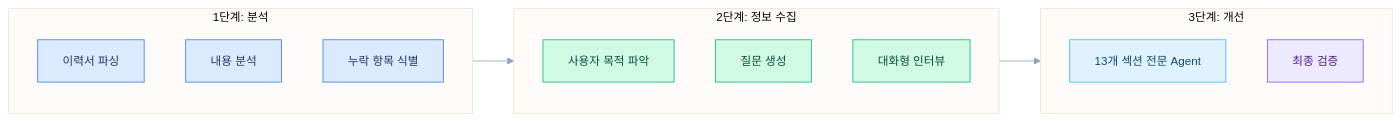
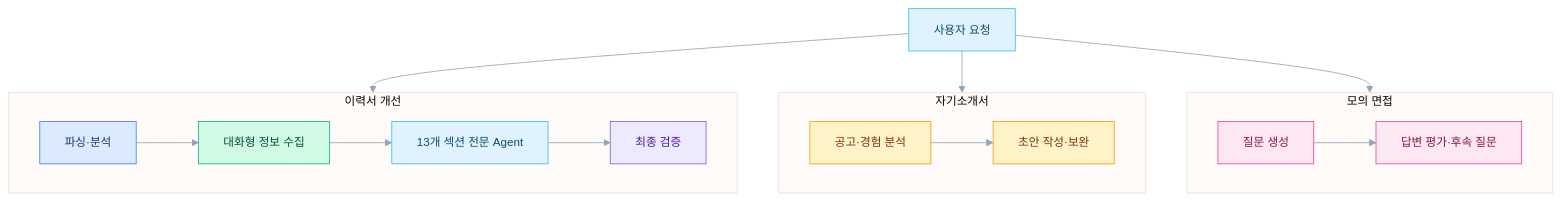
One commit to samhyun/samhyun.github.io changed the second of 2 diagrams in src/content/projects/personal-resume-automation.md. Above: the diagram before and after it, drawn with Mermaid. The commit also changed other lines of this file and 20 other files, not shown here.

````diff
--- a/src/content/projects/personal-resume-automation.md
+++ b/src/content/projects/personal-resume-automation.md
@@ -56,40 +56,40 @@
 ```mermaid
 ---
 config:
   theme: base
   themeVariables:
     primaryColor: "#e0f2fe"
     primaryTextColor: "#0c4a6e"
     primaryBorderColor: "#38bdf8"
     lineColor: "#94a3b8"
     fontSize: "14px"
 ---
-flowchart LR
-    subgraph 분석["1단계: 분석"]
-        Parser["이력서 파싱"]
-        Analyzer["내용 분석"]
-        Checker["누락 항목 식별"]
+flowchart TD
+    Entry["사용자 요청"]
+
+    subgraph Resume["이력서 개선"]
+        Parser["파싱·분석"] --> Interview["대화형 정보 수집"]
+        Interview --> Sections["13개 섹션 전문 Agent"] --> Validator["최종 검증"]
     end
 
-    subgraph 수집["2단계: 정보 수집"]
-        Intent["사용자 목적 파악"]
-        QGen["질문 생성"]
-        QInt["대화형 인터뷰"]
+    subgraph Cover["자기소개서"]
+        CoverPlan["공고·경험 분석"] --> CoverDraft["초안 작성·보완"]
     end
 
-    subgraph 개선["3단계: 개선"]
-        Sections["13개 섹션 전문 Agent"]
-        Validator["최종 검증"]
+    subgraph Mock["모의 면접"]
+        Question["질문 생성"] --> Answer["답변 평가·후속 질문"]
     end
 
-    분석 --> 수집 --> 개선
+    Entry --> Resume
+    Entry --> Cover
+    Entry --> Mock
 
     style Parser fill:#dbeafe,stroke:#3b82f6,color:#1e3a5f
-    style Analyzer fill:#dbeafe,stroke:#3b82f6,color:#1e3a5f
-    style Checker fill:#dbeafe,stroke:#3b82f6,color:#1e3a5f
-    style Intent fill:#d1fae5,stroke:#10b981,color:#064e3b
-    style QGen fill:#d1fae5,stroke:#10b981,color:#064e3b
-    style QInt fill:#d1fae5,stroke:#10b981,color:#064e3b
+    style Interview fill:#d1fae5,stroke:#10b981,color:#064e3b
     style Sections fill:#e0f2fe,stroke:#38bdf8,color:#0c4a6e
     style Validator fill:#ede9fe,stroke:#8b5cf6,color:#4c1d95
+    style CoverPlan fill:#fef3c7,stroke:#f59e0b,color:#78350f
+    style CoverDraft fill:#fef3c7,stroke:#f59e0b,color:#78350f
+    style Question fill:#fce7f3,stroke:#ec4899,color:#831843
+    style Answer fill:#fce7f3,stroke:#ec4899,color:#831843
 ```
````
